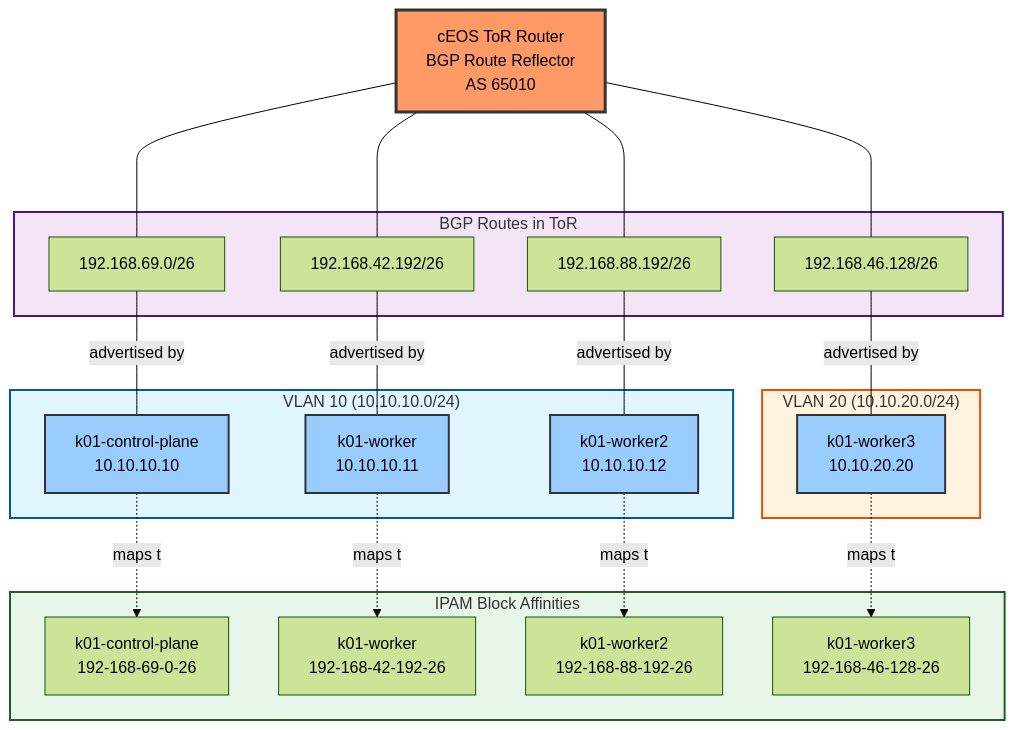
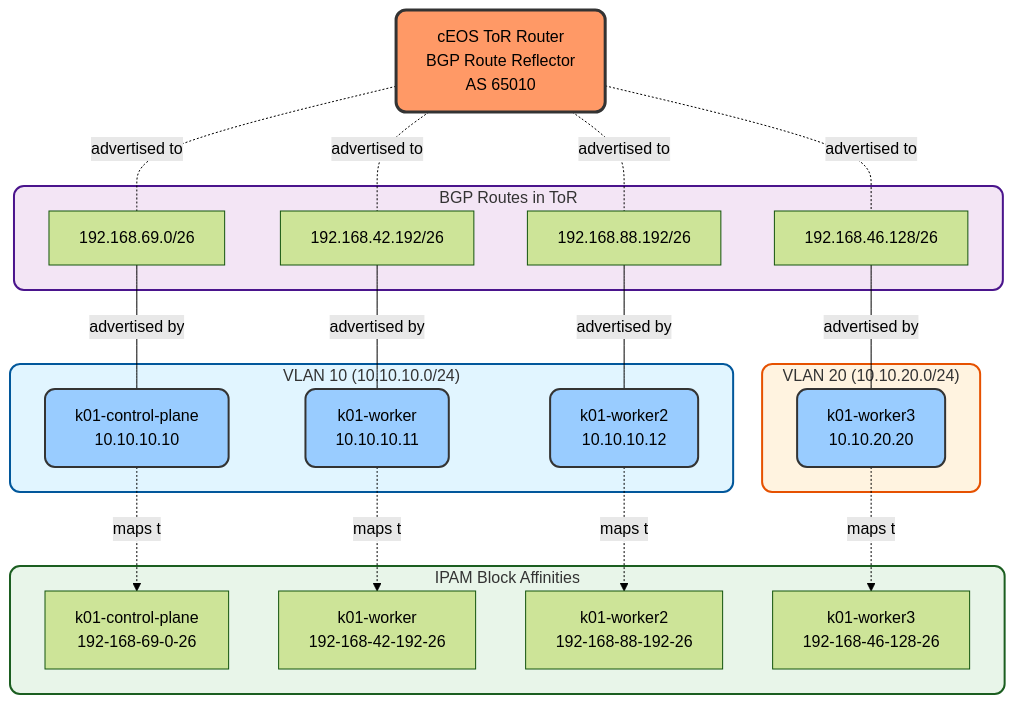
The second of 2 diagrams in containerlab/10-calico-bgp-ippool/README.md (aadhilam/k8-networking-calico-containerlab), drawn with Mermaid (forest theme) before and after one commit. The commit also changed other lines of this file, not shown here.

Commit message:
Enhance README.md with BGP verification steps and routing table details for Calico IP pools

````diff
--- a/containerlab/10-calico-bgp-ippool/README.md
+++ b/containerlab/10-calico-bgp-ippool/README.md
@@ -426,53 +438,54 @@
 ```mermaid
 graph TB
   TOR[cEOS ToR Router<br/>BGP Route Reflector<br/>AS 65010]
   
   subgraph BGP_Routes["BGP Routes in ToR"]
     R1[192.168.69.0/26]
     R2[192.168.42.192/26]
     R3[192.168.88.192/26]
     R4[192.168.46.128/26]
   end
   
   subgraph VLAN10["VLAN 10 (10.10.10.0/24)"]
     CP[k01-control-plane<br/>10.10.10.10]
     W1[k01-worker<br/>10.10.10.11]
     W2[k01-worker2<br/>10.10.10.12]
   end
   
   subgraph VLAN20["VLAN 20 (10.10.20.0/24)"]
     W3[k01-worker3<br/>10.10.20.20]
   end
   
   subgraph IPAM["IPAM Block Affinities"]
     B1[k01-control-plane<br/>192-168-69-0-26]
     B2[k01-worker<br/>192-168-42-192-26]
     B3[k01-worker2<br/>192-168-88-192-26]
     B4[k01-worker3<br/>192-168-46-128-26]
   end
   
-  TOR <--- R1
-  TOR <--- R2
-  TOR <--- R3
-  TOR <--- R4
+
+  TOR .-|advertised to|R1
+  TOR .-|advertised to| R2
+  TOR .-|advertised to| R3
+  TOR .-|advertised to| R4
      
     R1 ---|advertised by| CP
     R2 ---|advertised by| W1
     R3 ---|advertised by| W2
     R4 ---|advertised by| W3
 
     CP -.maps to.-> B1
     W1 -.maps to.-> B2
     W2 -.maps to.-> B3
     W3 -.maps to.-> B4
   
-  style TOR fill:#f96,stroke:#333,stroke-width:3px
-  style CP fill:#9cf,stroke:#333,stroke-width:2px
-  style W1 fill:#9cf,stroke:#333,stroke-width:2px
-  style W2 fill:#9cf,stroke:#333,stroke-width:2px
-  style W3 fill:#9cf,stroke:#333,stroke-width:2px
-  style VLAN10 fill:#e1f5ff,stroke:#01579b,stroke-width:2px
-  style VLAN20 fill:#fff3e0,stroke:#e65100,stroke-width:2px
-  style BGP_Routes fill:#f3e5f5,stroke:#4a148c,stroke-width:2px
-  style IPAM fill:#e8f5e9,stroke:#1b5e20,stroke-width:2px
+  style TOR fill:#f96,stroke:#333,stroke-width:3px,rx:10,ry:10
+  style CP fill:#9cf,stroke:#333,stroke-width:2px,rx:10,ry:10
+  style W1 fill:#9cf,stroke:#333,stroke-width:2px,rx:10,ry:10
+  style W2 fill:#9cf,stroke:#333,stroke-width:2px,rx:10,ry:10
+  style W3 fill:#9cf,stroke:#333,stroke-width:2px,rx:10,ry:10
+  style VLAN10 fill:#e1f5ff,stroke:#01579b,stroke-width:2px,rx:10,ry:10
+  style VLAN20 fill:#fff3e0,stroke:#e65100,stroke-width:2px,rx:10,ry:10
+  style BGP_Routes fill:#f3e5f5,stroke:#4a148c,stroke-width:2px,rx:10,ry:10
+  style IPAM fill:#e8f5e9,stroke:#1b5e20,stroke-width:2px,rx:10,ry:10
 ```
````
